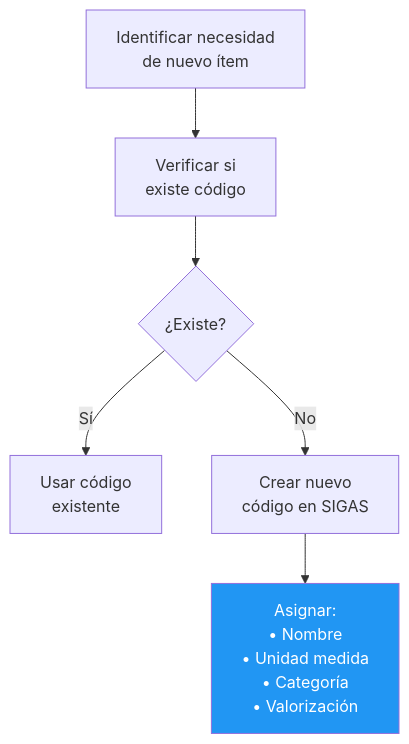
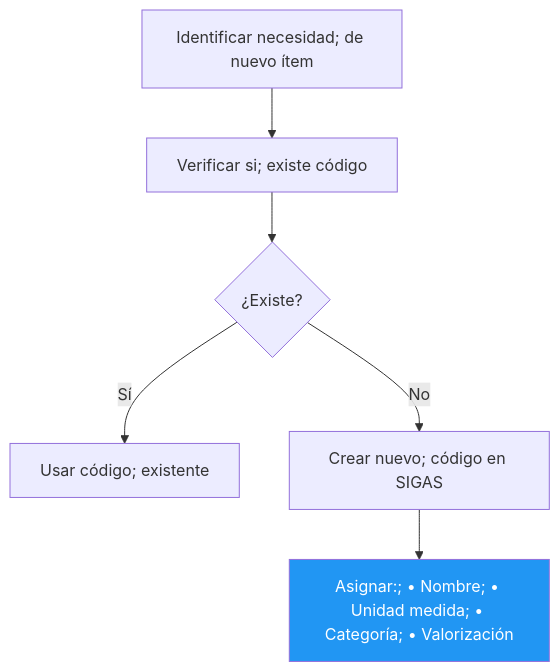
One commit to felix-antonio-sl/kora changed the second of 12 diagrams in drafts/gn/bpmn/bpmn-d05-inventarios-activo-fijo.md. Above: the diagram before and after it, drawn with Mermaid. The commit also changed other lines of this file and 265 other files, not shown here.

````diff
--- a/drafts/gn/bpmn/bpmn-d05-inventarios-activo-fijo.md
+++ b/drafts/gn/bpmn/bpmn-d05-inventarios-activo-fijo.md
@@ -105,9 +105,10 @@
 ```mermaid
 flowchart TD
-    A["Identificar necesidad<br/>de nuevo ítem"] --> B["Verificar si<br/>existe código"]
-    B --> C{"¿Existe?"}
-    C -->|"Sí"| D["Usar código<br/>existente"]
-    C -->|"No"| E["Crear nuevo<br/>código en SIGAS"]
-    E --> F["Asignar:<br/>• Nombre<br/>• Unidad medida<br/>• Categoría<br/>• Valorización"]
-    style F fill:#2196F3,color:#fff
+ A["Identificar necesidad; de nuevo ítem"] --> B["Verificar si; existe código"]
+ B --> C{"¿Existe?"}
+ C -->|"Sí"| D["Usar código; existente"]
+ C -->|"No"| E["Crear nuevo; código en SIGAS"]
+ E --> F["Asignar:; • Nombre; • Unidad medida; • Categoría; • Valorización"]
+
+ style F fill:#2196F3,color:#fff
 ```
````
